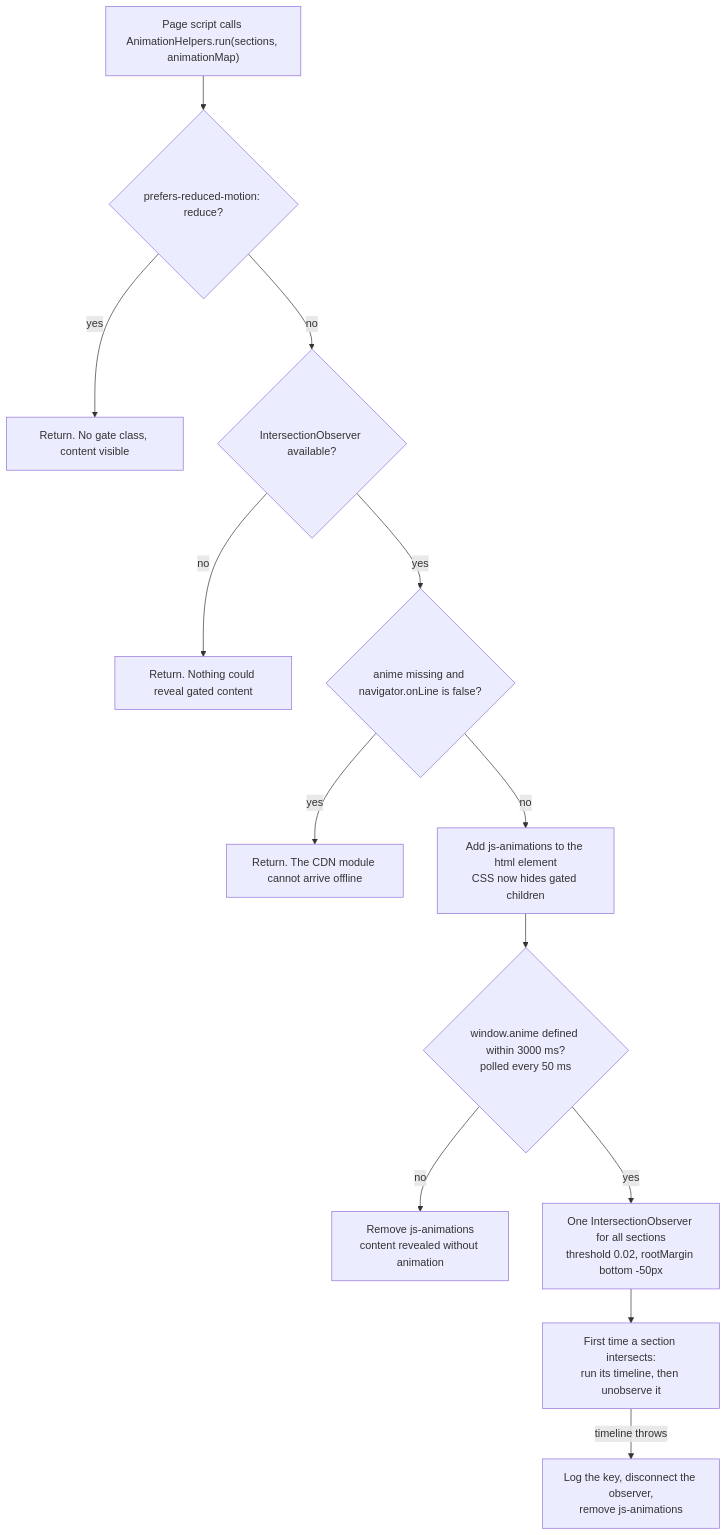
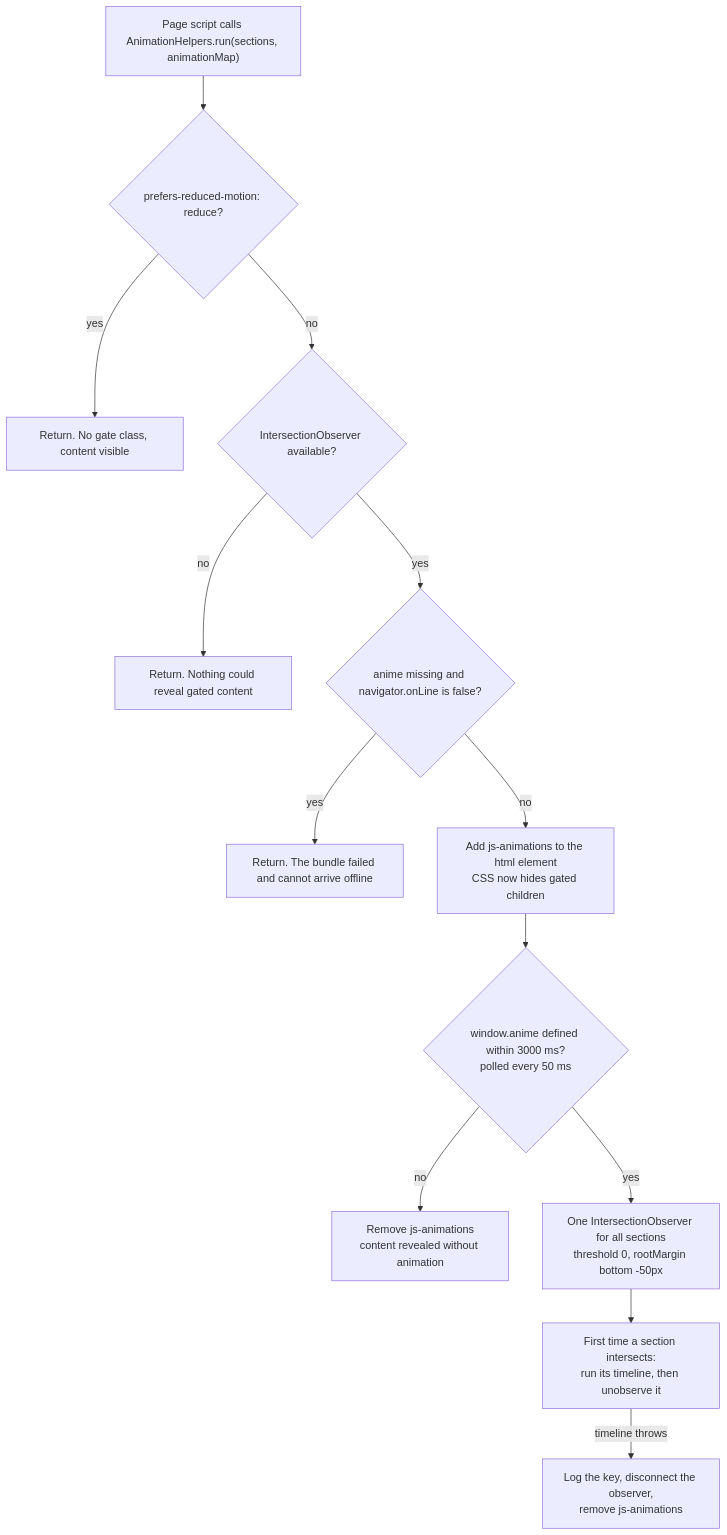
One commit to ColbyMainard/ColbyMainard.github.io changed the sixth of 13 diagrams in assets/markdown/architecture.md. Above: the diagram before and after it, drawn with Mermaid. The commit also changed other lines of this file and 16 other files, not shown here.

````diff
--- a/assets/markdown/architecture.md
+++ b/assets/markdown/architecture.md
@@ -374,15 +371,15 @@
 ```mermaid
 flowchart TD
     S["Page script calls AnimationHelpers.run(sections, animationMap)"] --> RM{"prefers-reduced-motion: reduce?"}
     RM -->|yes| V1["Return. No gate class, content visible"]
     RM -->|no| IO{"IntersectionObserver available?"}
     IO -->|no| V4["Return. Nothing could reveal gated content"]
     IO -->|yes| OFF{"anime missing and navigator.onLine is false?"}
-    OFF -->|yes| V2["Return. The CDN module cannot arrive offline"]
+    OFF -->|yes| V2["Return. The bundle failed and cannot arrive offline"]
     OFF -->|no| GATE["Add js-animations to the html element<br/>CSS now hides gated children"]
     GATE --> WAIT{"window.anime defined within 3000 ms?<br/>polled every 50 ms"}
     WAIT -->|no| V3["Remove js-animations<br/>content revealed without animation"]
-    WAIT -->|yes| OBS["One IntersectionObserver for all sections<br/>threshold 0.02, rootMargin bottom -50px"]
+    WAIT -->|yes| OBS["One IntersectionObserver for all sections<br/>threshold 0, rootMargin bottom -50px"]
     OBS --> ONCE["First time a section intersects:<br/>run its timeline, then unobserve it"]
     ONCE -->|timeline throws| V5["Log the key, disconnect the observer,<br/>remove js-animations"]
 ```
````
